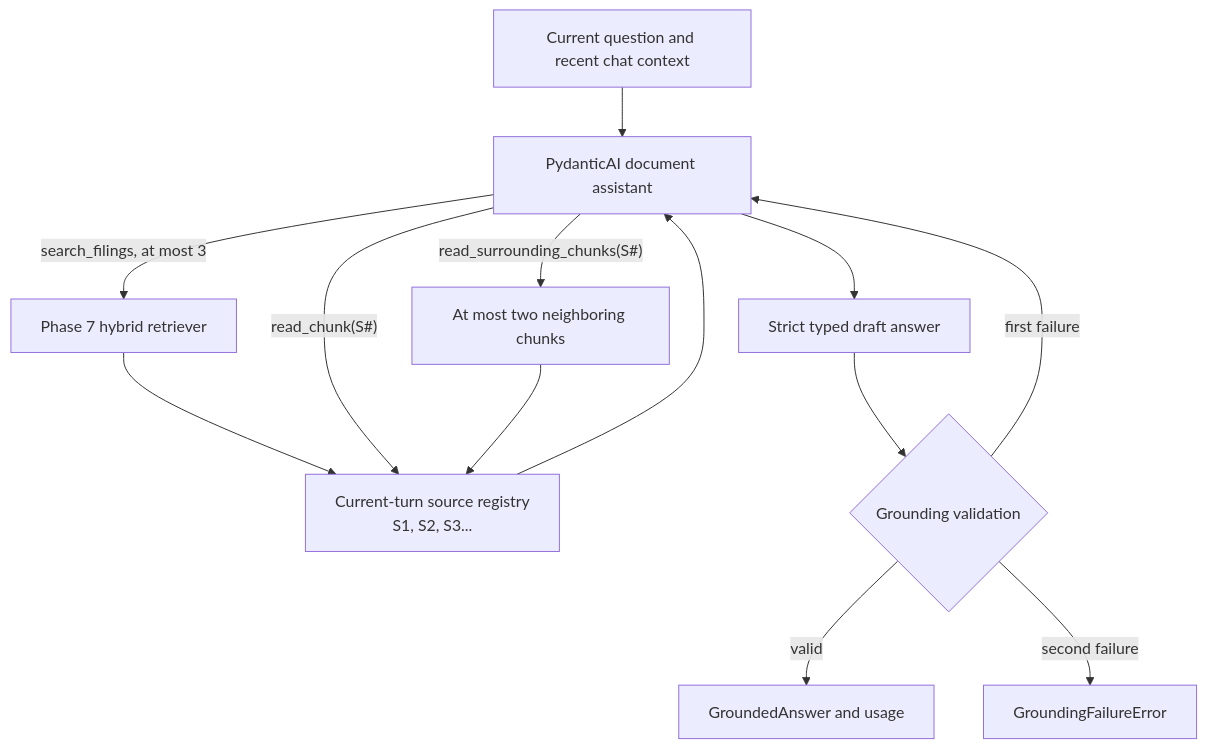
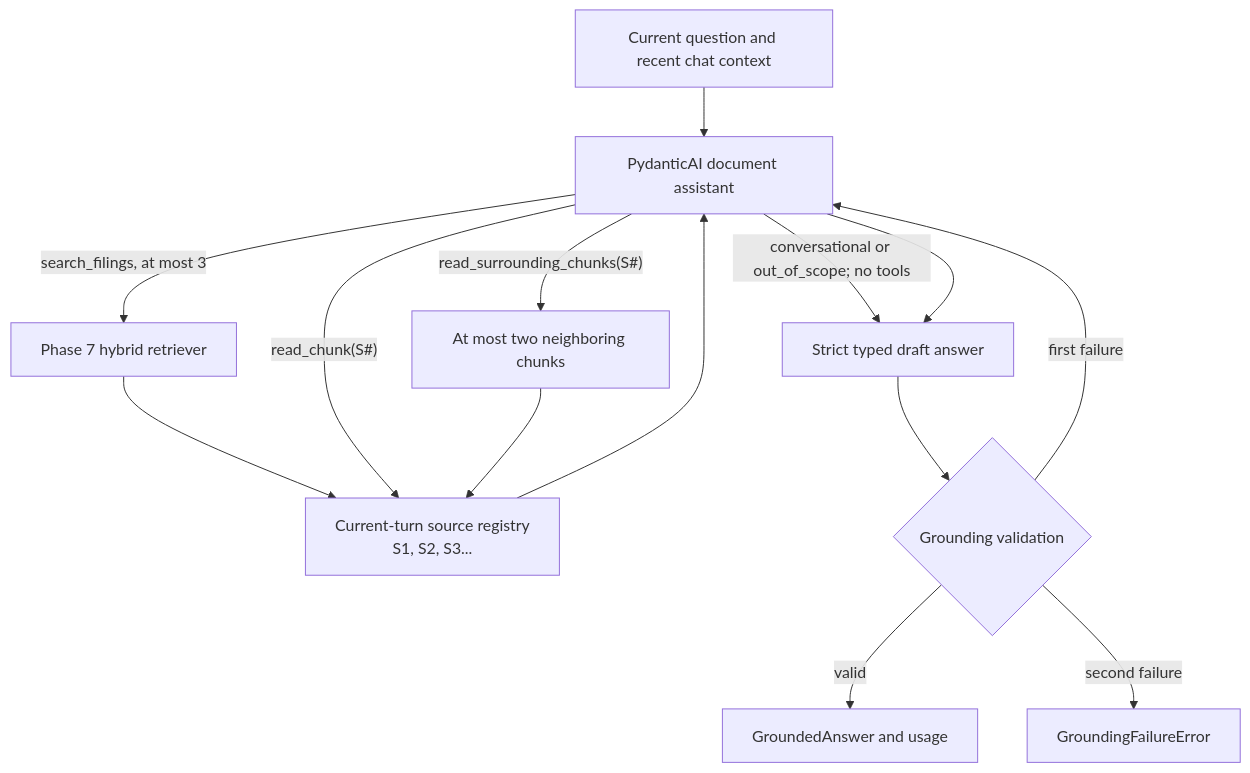
The second of 2 diagrams in backend/README.md (nicola-battoia/investment-research-agent), drawn with Mermaid before and after one commit. The commit also changed other lines of this file and 41 other files, not shown here.

````diff
--- a/backend/README.md
+++ b/backend/README.md
@@ -179,15 +185,16 @@
 ```mermaid
 flowchart TD
     Q["Current question and recent chat context"] --> A["PydanticAI document assistant"]
+    A -->|"conversational or out_of_scope; no tools"| D
     A -->|"search_filings, at most 3"| R["Phase 7 hybrid retriever"]
     R --> E["Current-turn source registry<br/>S1, S2, S3..."]
     E --> A
     A -->|"read_chunk(S#)"| E
     A -->|"read_surrounding_chunks(S#)"| N["At most two neighboring chunks"]
     N --> E
     A --> D["Strict typed draft answer"]
     D --> V{"Grounding validation"}
     V -->|"valid"| G["GroundedAnswer and usage"]
     V -->|"first failure"| A
     V -->|"second failure"| F["GroundingFailureError"]
 ```
````
